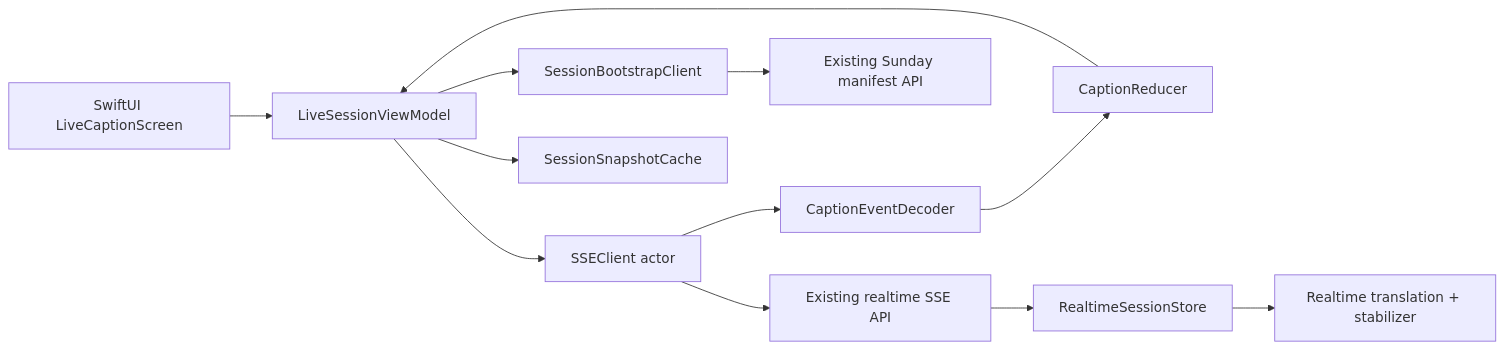
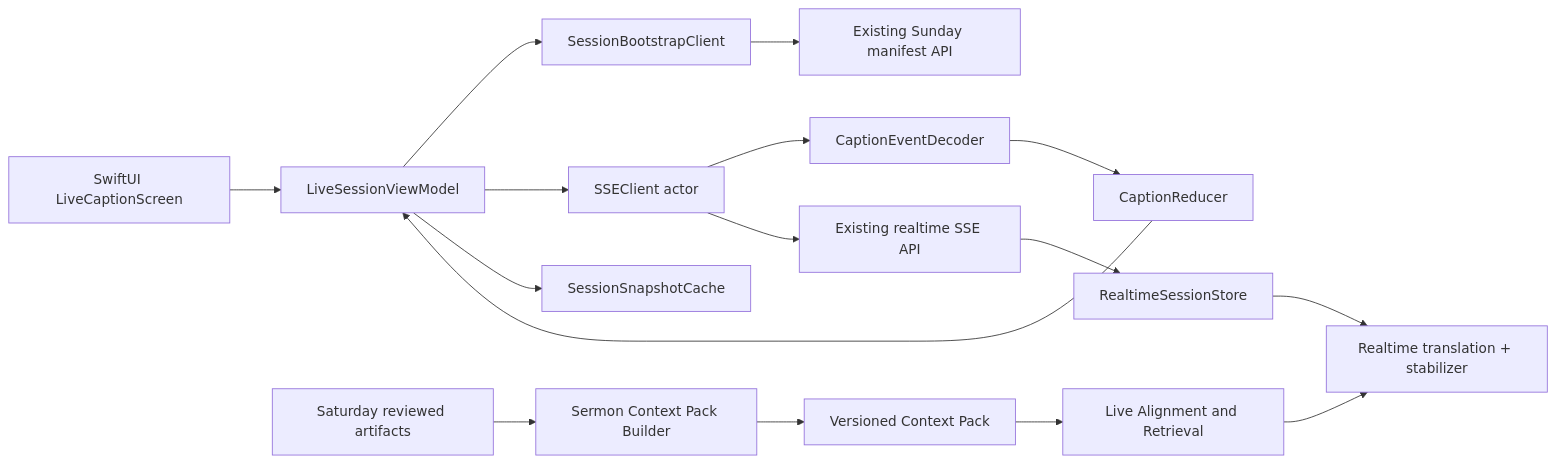
One commit to JonathanJing/sermon-video-zh-subtitles changed the first of 2 diagrams in docs/ios-live-sermon-translation-app.zh.md. Above: the diagram before and after it, drawn with Mermaid. The commit also changed other lines of this file, not shown here.

Commit message:
docs: design Saturday context assisted live captions

````diff
--- a/docs/ios-live-sermon-translation-app.zh.md
+++ b/docs/ios-live-sermon-translation-app.zh.md
@@ -145,14 +146,18 @@
 ```mermaid
 flowchart LR
     A[SwiftUI LiveCaptionScreen] --> B[LiveSessionViewModel]
     B --> C[SessionBootstrapClient]
     B --> D[SSEClient actor]
     D --> E[CaptionEventDecoder]
     E --> F[CaptionReducer]
     F --> B
     B --> G[SessionSnapshotCache]
     C --> H[Existing Sunday manifest API]
     D --> I[Existing realtime SSE API]
     I --> J[RealtimeSessionStore]
     J --> K[Realtime translation + stabilizer]
+    L[Saturday reviewed artifacts] --> M[Sermon Context Pack Builder]
+    M --> N[Versioned Context Pack]
+    N --> O[Live Alignment and Retrieval]
+    O --> K
 ```
````
